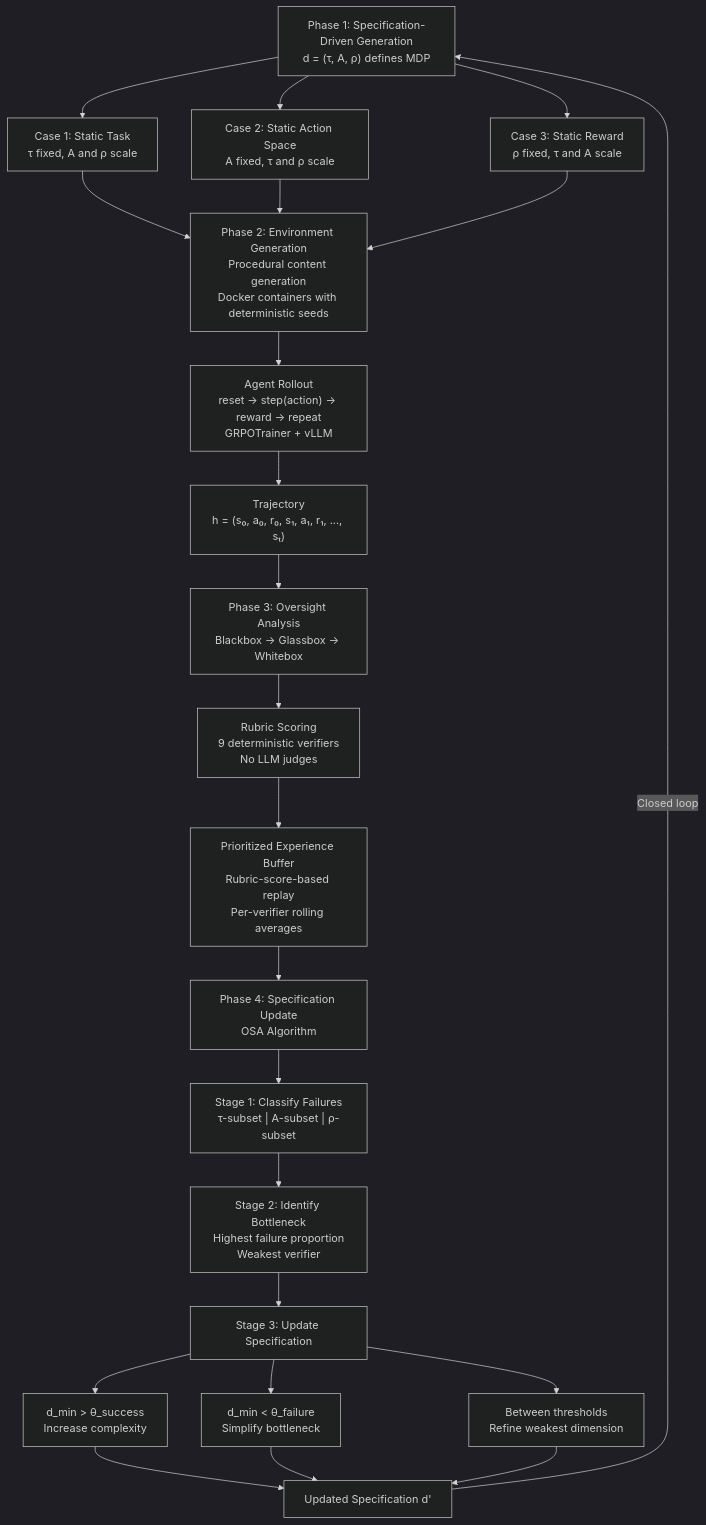
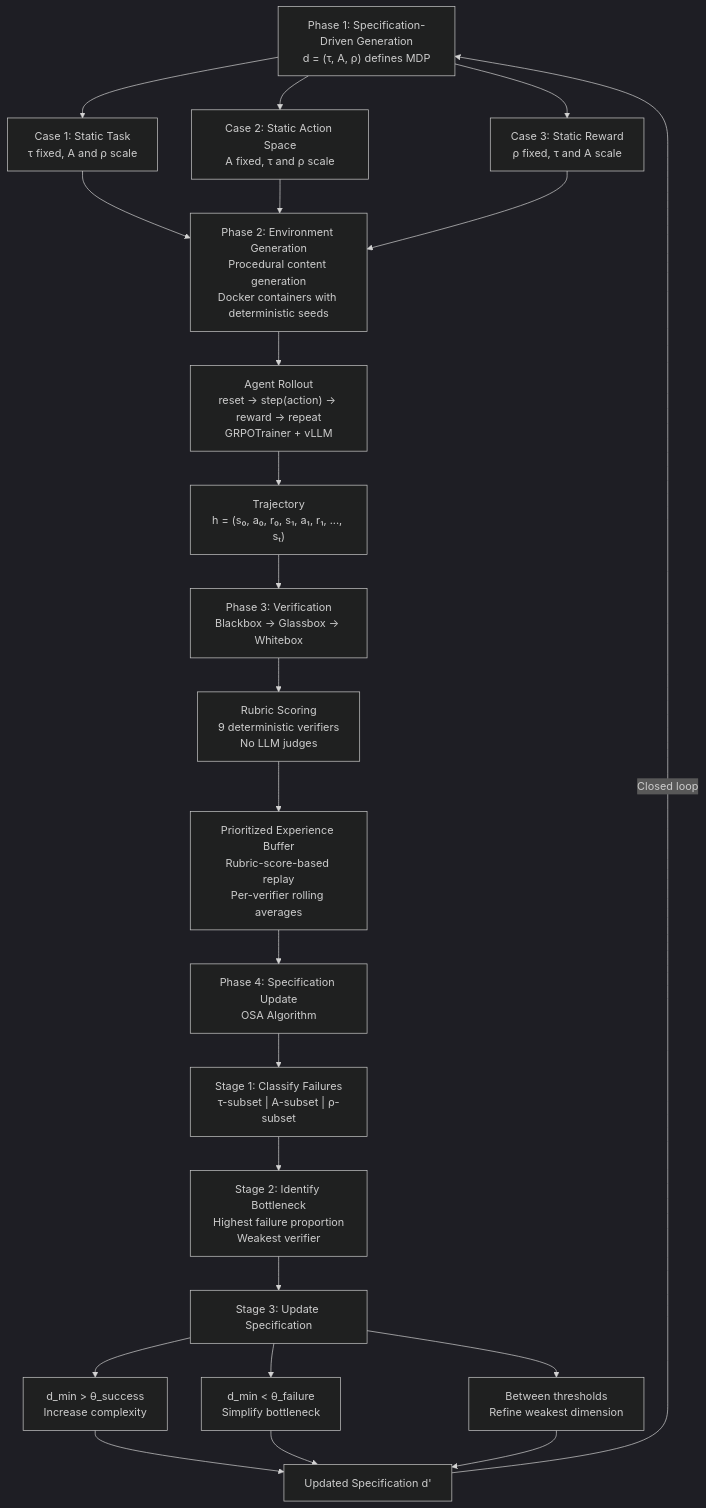
One commit to MansiMore99/patronet-llm-grpo-env changed the second of 2 diagrams in README.md. Above: the diagram before and after it, drawn with Mermaid (dark theme). The commit also changed other lines of this file and 1 other file, not shown here.

````diff
--- a/README.md
+++ b/README.md
@@ -421,36 +542,36 @@
 ```mermaid
 flowchart TD
   spec["Phase 1: Specification-Driven Generation\nd = (τ, A, ρ) defines MDP"]
   case1["Case 1: Static Task</br>τ fixed, A and ρ scale"]
   case2["Case 2: Static Action Space</br>A fixed, τ and ρ scale"]
   case3["Case 3: Static Reward</br>ρ fixed, τ and A scale"]
   gen["Phase 2: Environment Generation</br>Procedural content generation</br>Docker containers with deterministic seeds"]
   rollout["Agent Rollout</br>reset → step(action) → reward → repeat</br>GRPOTrainer + vLLM"]
   trajectory["Trajectory</br>h = (s₀, a₀, r₀, s₁, a₁, r₁, ..., sₜ)"]
-  eval["Phase 3: Oversight Analysis</br>Blackbox → Glassbox → Whitebox"]
+  eval["Phase 3: Verification</br>Blackbox → Glassbox → Whitebox"]
   rubric["Rubric Scoring</br>9 deterministic verifiers</br>No LLM judges"]
   memory["Prioritized Experience Buffer</br>Rubric-score-based replay</br>Per-verifier rolling averages"]
   osa["Phase 4: Specification Update</br>OSA Algorithm"]
   classify["Stage 1: Classify Failures</br>τ-subset | A-subset | ρ-subset"]
   bottleneck["Stage 2: Identify Bottleneck</br>Highest failure proportion</br>Weakest verifier"]
   update["Stage 3: Update Specification"]
   up["d_min > θ_success</br>Increase complexity"]
   down["d_min < θ_failure</br>Simplify bottleneck"]
   mid["Between thresholds</br>Refine weakest dimension"]
   specprime["Updated Specification d'"]
 
   spec --> case1 & case2 & case3
   case1 & case2 & case3 --> gen
   gen --> rollout
   rollout --> trajectory
   trajectory --> eval
   eval --> rubric
   rubric --> memory
   memory --> osa
   osa --> classify
   classify --> bottleneck
   bottleneck --> update
   update --> up & down & mid
   up & down & mid --> specprime
   specprime -->|"Closed loop"| spec
 ```
````
